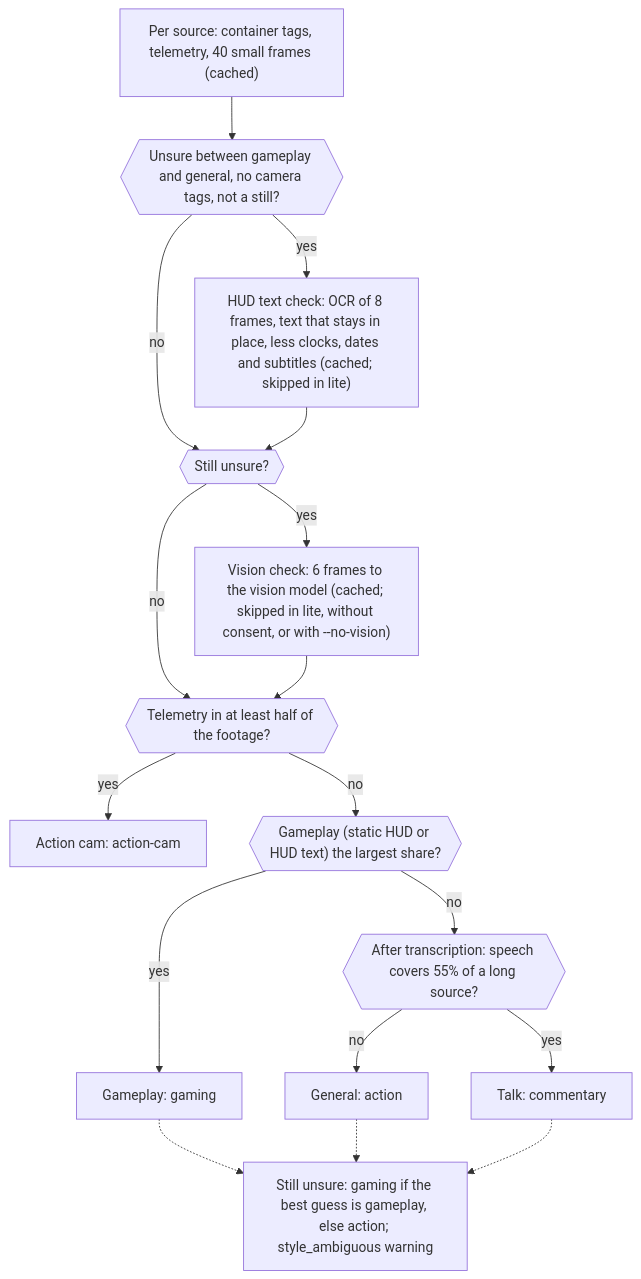
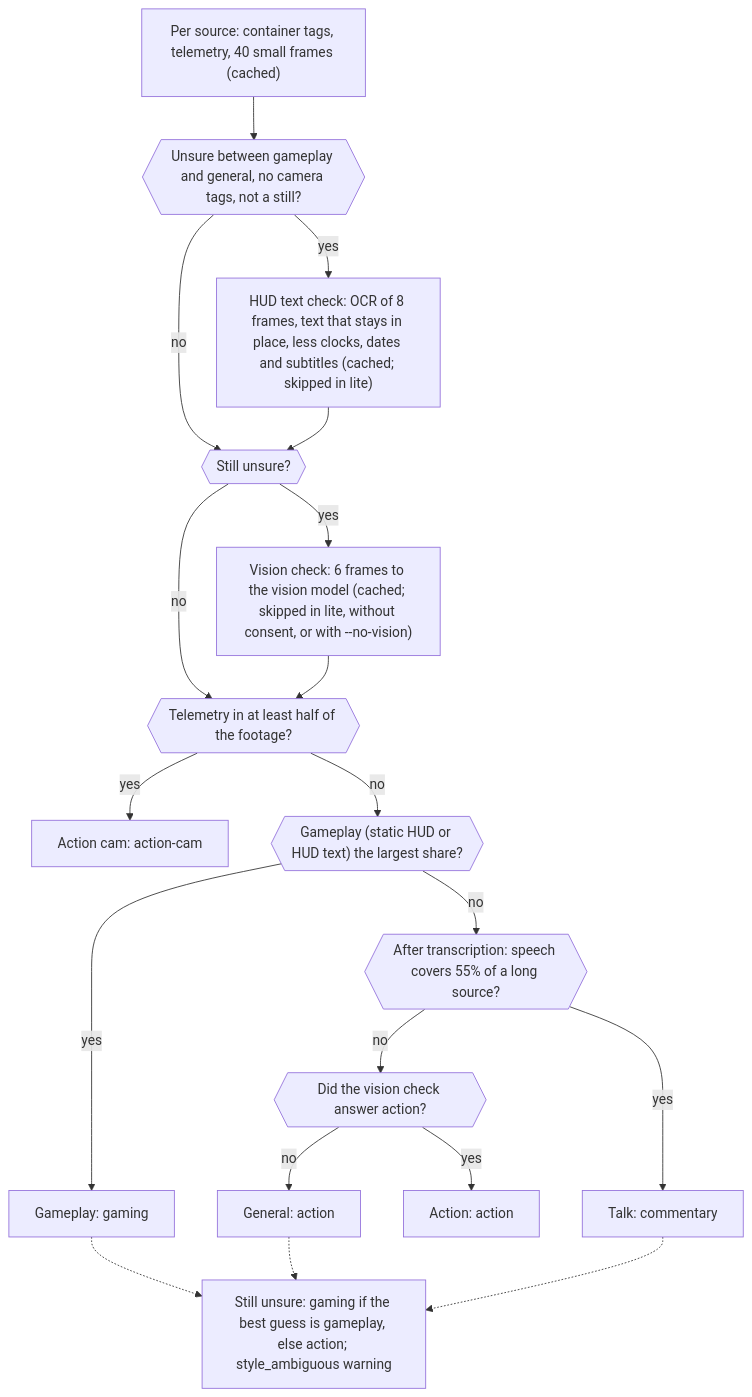
The third of 3 diagrams in docs/pipeline.md (FerventOrange/cutpoint), drawn with Mermaid before and after one commit. The commit also changed 4 other files, not shown here.

````diff
--- a/docs/pipeline.md
+++ b/docs/pipeline.md
@@ -101,22 +101,24 @@
 ```mermaid
 flowchart TD
     P["Per source: container tags, telemetry, 40 small frames (cached)"]
     P --> U{{"Unsure between gameplay and general, no camera tags, not a still?"}}
     U -->|yes| OCR["HUD text check: OCR of 8 frames, text that stays in place, less clocks, dates and subtitles (cached; skipped in lite)"]
     U -->|no| V
     OCR --> V{{"Still unsure?"}}
     V -->|yes| VIS["Vision check: 6 frames to the vision model (cached; skipped in lite, without consent, or with --no-vision)"]
     V -->|no| T
     VIS --> T
     T{{"Telemetry in at least half of the footage?"}}
     T -->|yes| AC["Action cam: action-cam"]
     T -->|no| G{{"Gameplay (static HUD or HUD text) the largest share?"}}
     G -->|yes| GP["Gameplay: gaming"]
     G -->|no| S{{"After transcription: speech covers 55% of a long source?"}}
     S -->|yes| TK["Talk: commentary"]
-    S -->|no| GE["General: action"]
+    S -->|no| AX{{"Did the vision check answer action?"}}
+    AX -->|yes| ACT["Action: action"]
+    AX -->|no| GE["General: action"]
     AMB["Still unsure: gaming if the best guess is gameplay, else action; style_ambiguous warning"]
     GP -.-> AMB
     GE -.-> AMB
     TK -.-> AMB
 ```
````
